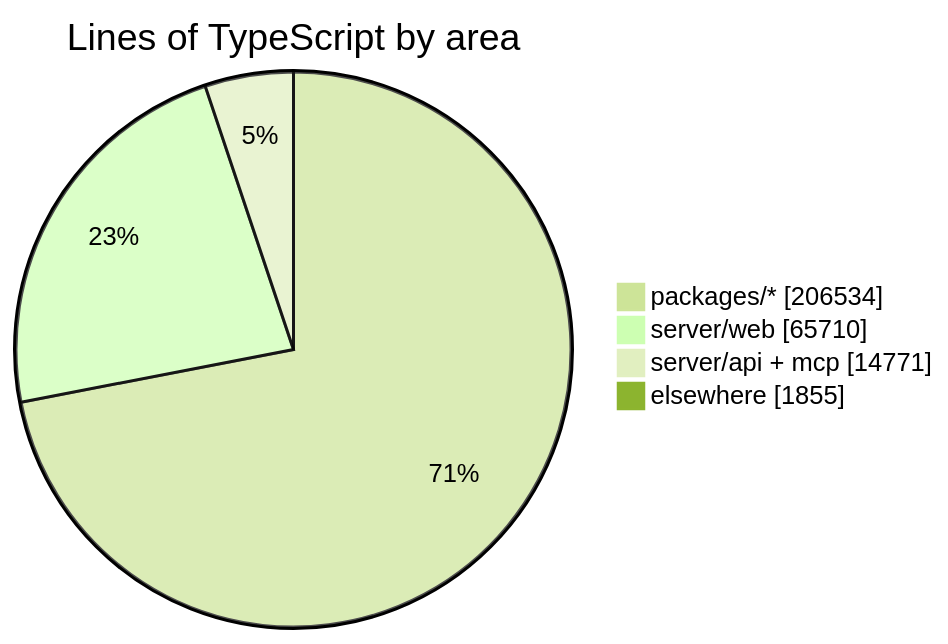
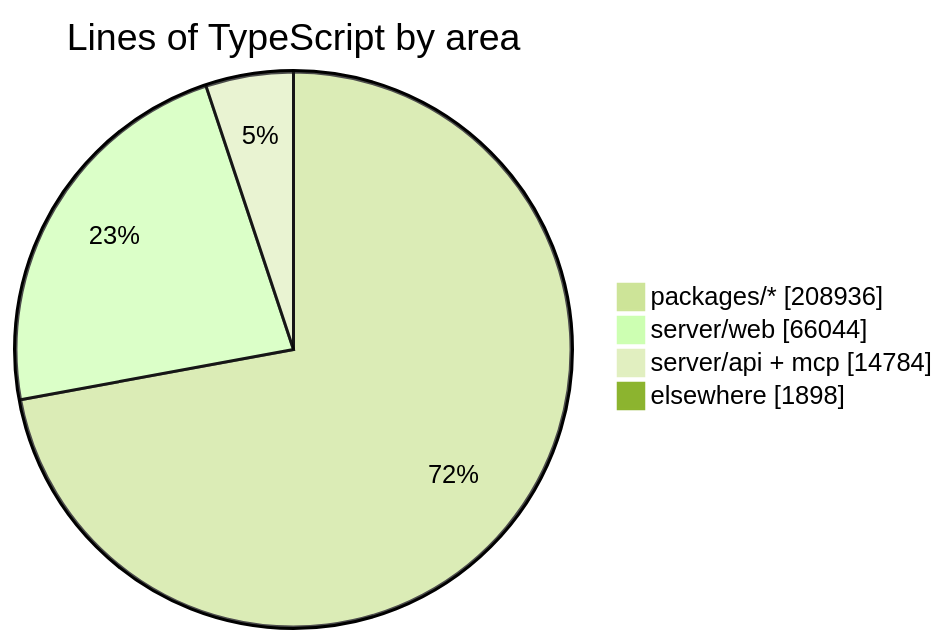
The diagram in README.md (crossworks-engineering/mantle), drawn with Mermaid (forest theme) before and after one commit. The commit also changed other lines of this file and 2 other files, not shown here.

````diff
--- a/README.md
+++ b/README.md
@@ -287,7 +287,7 @@
 ```mermaid
 pie showData title Lines of TypeScript by area
-    "packages/*" : 206534
-    "server/web" : 65710
-    "server/api + mcp" : 14771
-    "elsewhere" : 1855
+    "packages/*" : 208936
+    "server/web" : 66044
+    "server/api + mcp" : 14784
+    "elsewhere" : 1898
 ```
````
